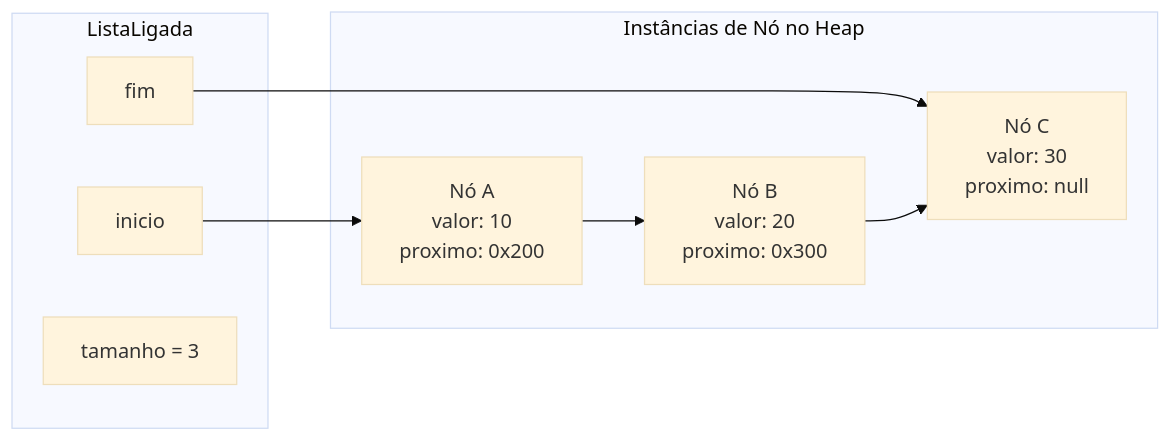
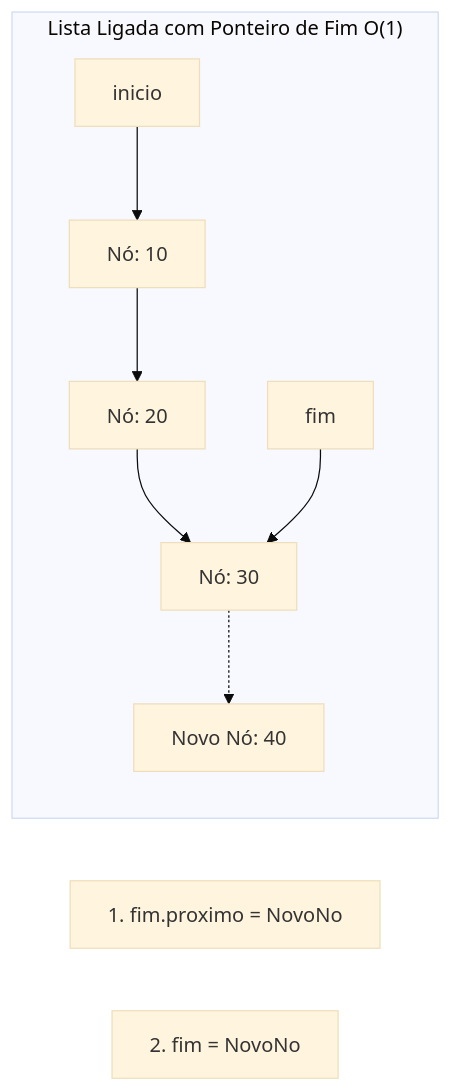
Diagram 15 of 27 in 4º Semestre/[Prof. Wesley Soares] Estrutura de Dados I/Resumos-IA/Caderno-Consolidado.md (murilolol/unifef), drawn with Mermaid (base theme) before and after one commit. The commit also changed other lines of this file and 58 other files, not shown here.

````diff
--- a/4º Semestre/[Prof. Wesley Soares] Estrutura de Dados I/Resumos-IA/Caderno-Consolidado.md
+++ b/4º Semestre/[Prof. Wesley Soares] Estrutura de Dados I/Resumos-IA/Caderno-Consolidado.md
@@ -858,19 +725,14 @@
 ```mermaid
 flowchart LR
-    subgraph Controladora["ListaLigada"]
-        ptrIni["inicio"]
-        ptrFim["fim"]
-        tam["tamanho = 3"]
-    end
+  subgraph EstruturaComCauda["Lista Ligada com Ponteiro de Fim O(1)"]
+    HeadPtr["inicio"] --> N1["Nó: 10"]
+    N1 --> N2["Nó: 20"]
+    N2 --> N3["Nó: 30"]
+    TailPtr["fim"] --> N3
+    NovoNo["Novo Nó: 40"]
+  end
 
-    subgraph HeapMemory["Instâncias de Nó no Heap"]
-        N1["Nó A<br/>valor: 10<br/>proximo: 0x200"]
-        N2["Nó B<br/>valor: 20<br/>proximo: 0x300"]
-        N3["Nó C<br/>valor: 30<br/>proximo: null"]
-    end
-
-    ptrIni --> N1
-    ptrFim --> N3
-    N1 --> N2
-    N2 --> N3
+  Passo1["1. fim.proximo = NovoNo"]
+  Passo2["2. fim = NovoNo"]
+  N3 -.-> NovoNo
 ```
````
